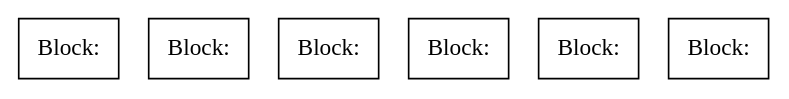
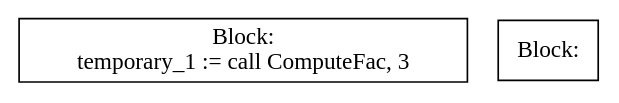
The diagram in lab3/CFG-tree.dot (moondog-matthew/compiler-dv1655), drawn with Graphviz before and after one commit. The commit also changed 5 other files, not shown here.

```diff
--- a/lab3/CFG-tree.dot
+++ b/lab3/CFG-tree.dot
@@ -1,10 +1,7 @@
 digraph {
 graph [ splines = ortho ]
 	node [ shape = box ];
-block_0 [label="Block:"];
+block_0 [label="Block:
+temporary_1 := call ComputeFac, 3"];
 block_1 [label="Block:"];
-block_2 [label="Block:"];
-block_3 [label="Block:"];
-block_4 [label="Block:"];
-block_5 [label="Block:"];
 }
```
